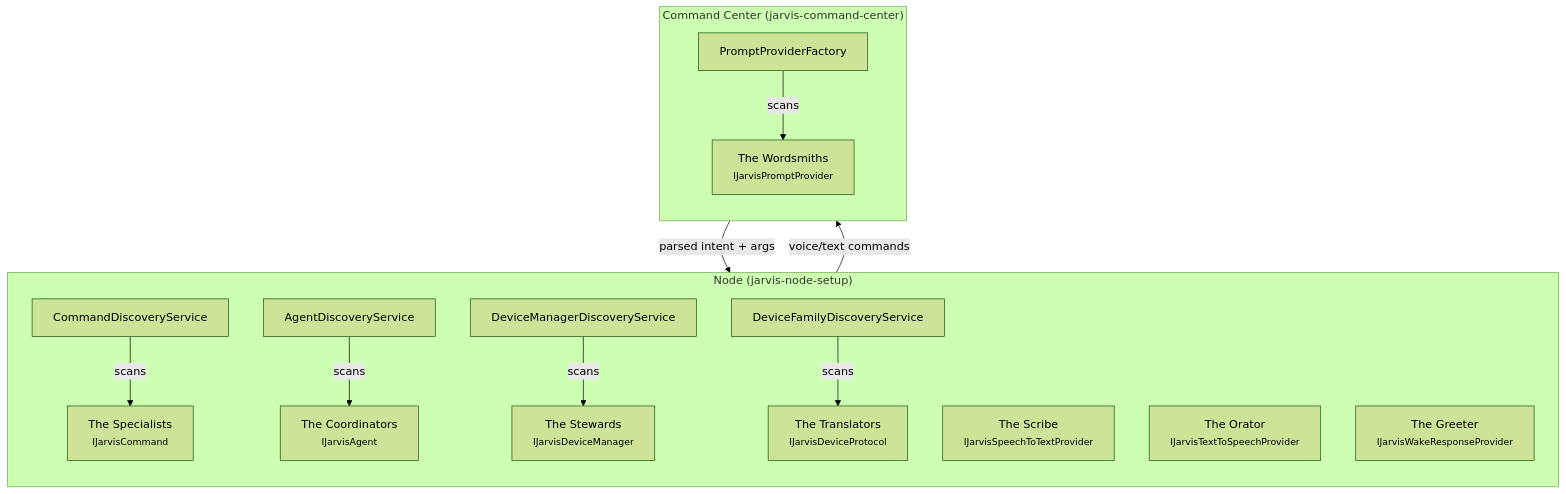
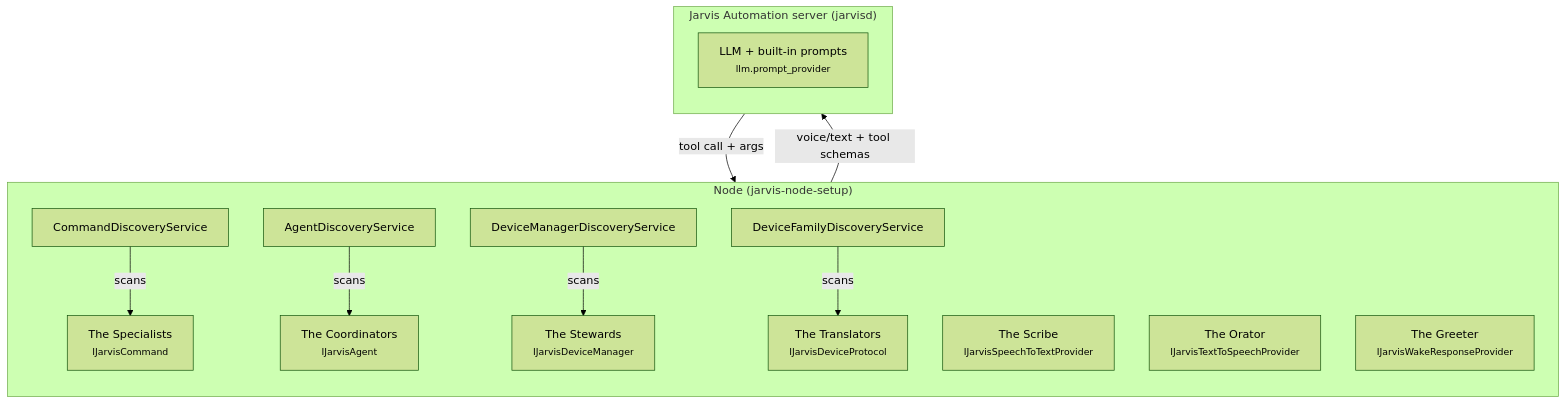
One commit to alexberardi/jarvis-docs changed the diagram in docs/extending/index.md. Above: the diagram before and after it, drawn with Mermaid (forest theme). The commit also changed other lines of this file and 10 other files, not shown here.

````diff
--- a/docs/extending/index.md
+++ b/docs/extending/index.md
@@ -83,33 +83,31 @@
 ```mermaid
 graph TB
     subgraph Node ["Node (jarvis-node-setup)"]
         direction TB
         CMD["The Specialists<br/><small>IJarvisCommand</small>"]
         AGT["The Coordinators<br/><small>IJarvisAgent</small>"]
         DM["The Stewards<br/><small>IJarvisDeviceManager</small>"]
         DF["The Translators<br/><small>IJarvisDeviceProtocol</small>"]
         STT["The Scribe<br/><small>IJarvisSpeechToTextProvider</small>"]
         TTS["The Orator<br/><small>IJarvisTextToSpeechProvider</small>"]
         WR["The Greeter<br/><small>IJarvisWakeResponseProvider</small>"]
 
         CDS["CommandDiscoveryService"]
         ADS["AgentDiscoveryService"]
         DMDS["DeviceManagerDiscoveryService"]
         DFDS["DeviceFamilyDiscoveryService"]
 
         CDS -->|scans| CMD
         ADS -->|scans| AGT
         DMDS -->|scans| DM
         DFDS -->|scans| DF
     end
 
-    subgraph CC ["Command Center (jarvis-command-center)"]
+    subgraph Server ["Jarvis Automation server (jarvisd)"]
         direction TB
-        PP["The Wordsmiths<br/><small>IJarvisPromptProvider</small>"]
-        PPF["PromptProviderFactory"]
-        PPF -->|scans| PP
+        LLM["LLM + built-in prompts<br/><small>llm.prompt_provider</small>"]
     end
 
-    Node -- "voice/text commands" --> CC
-    CC -- "parsed intent + args" --> Node
+    Node -- "voice/text + tool schemas" --> Server
+    Server -- "tool call + args" --> Node
 ```
````
